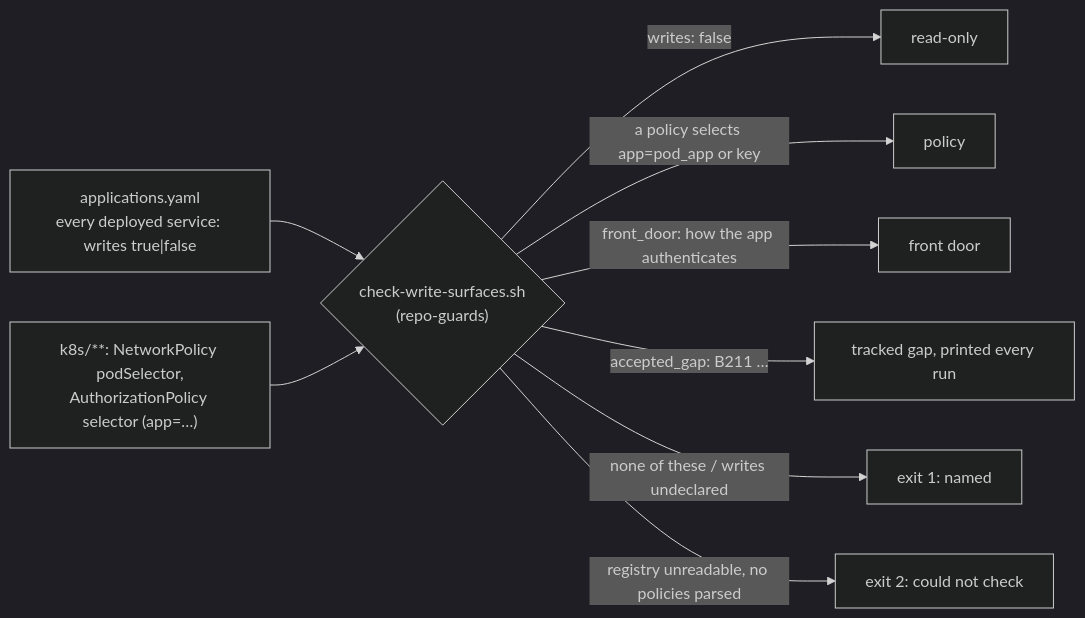
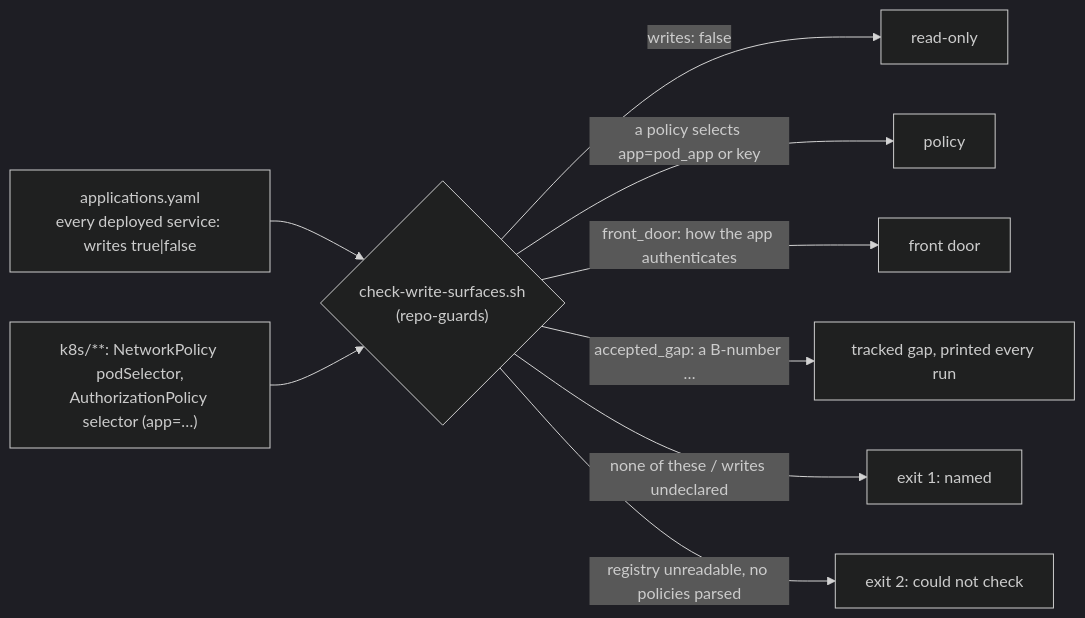
Before and after one commit to edtbl76/weyland-lab: the third of 3 diagrams in docs/diagrams/flow-write-surfaces.md, drawn with Mermaid (dark theme). The commit also changed other lines of this file and 9 other files, not shown here.

````diff
--- a/docs/diagrams/flow-write-surfaces.md
+++ b/docs/diagrams/flow-write-surfaces.md
@@ -32,11 +56,11 @@
 ```mermaid
 flowchart LR
     REG["applications.yaml<br/>every deployed service: writes true|false"] --> G{"check-write-surfaces.sh<br/>(repo-guards)"}
     K8S["k8s/**: NetworkPolicy podSelector,<br/>AuthorizationPolicy selector (app=…)"] --> G
     G -->|"writes: false"| OK1["read-only"]
     G -->|"a policy selects app=pod_app or key"| OK2["policy"]
     G -->|"front_door: how the app authenticates"| OK3["front door"]
-    G -->|"accepted_gap: B211 …"| GAP["tracked gap, printed every run"]
+    G -->|"accepted_gap: a B-number …"| GAP["tracked gap, printed every run"]
     G -->|"none of these / writes undeclared"| FAIL["exit 1: named"]
     G -->|"registry unreadable, no policies parsed"| CANT["exit 2: could not check"]
 ```
````
